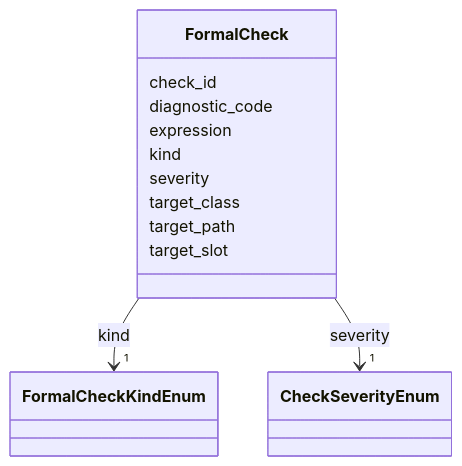
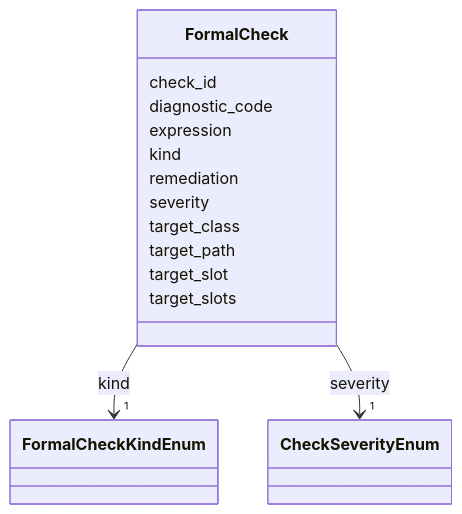
Before and after one commit to oista/moex-data-model: the diagram in generated/artifacts/moex-dams/0.1/diagrams/FormalCheck.md, drawn with Mermaid. The commit also changed 68 other files, not shown here.

````diff
--- a/generated/artifacts/moex-dams/0.1/diagrams/FormalCheck.md
+++ b/generated/artifacts/moex-dams/0.1/diagrams/FormalCheck.md
@@ -4,40 +4,44 @@
 ```mermaid
  classDiagram
     class FormalCheck
     click FormalCheck href "../FormalCheck"
       FormalCheck : check_id
         
       FormalCheck : diagnostic_code
         
       FormalCheck : expression
         
       FormalCheck : kind
         
           
     
         
         
         FormalCheck --> "1" FormalCheckKindEnum : kind
         click FormalCheckKindEnum href "../FormalCheckKindEnum"
     
 
         
+      FormalCheck : remediation
+        
       FormalCheck : severity
         
           
     
         
         
         FormalCheck --> "1" CheckSeverityEnum : severity
         click CheckSeverityEnum href "../CheckSeverityEnum"
     
 
         
       FormalCheck : target_class
         
       FormalCheck : target_path
         
       FormalCheck : target_slot
         
+      FormalCheck : target_slots
+        
       
 ```
````
